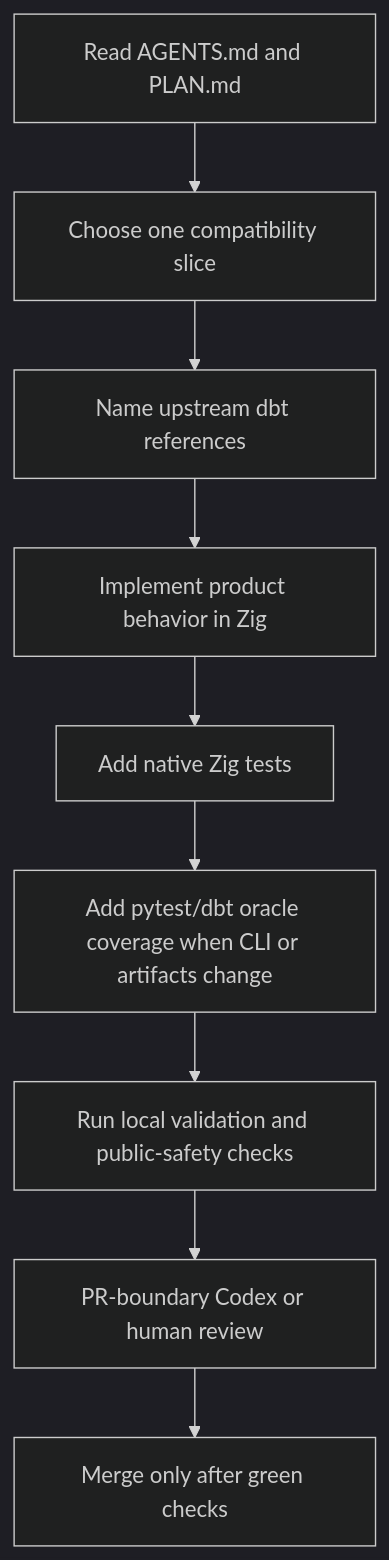
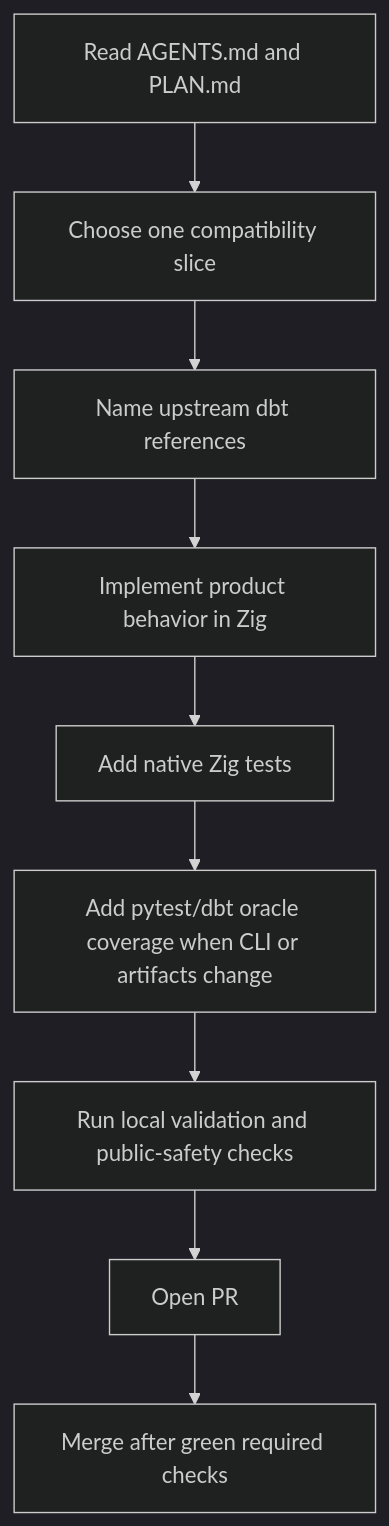
Before and after one commit to sabino/dxt: the first of 2 diagrams in docs/PRIMER.md, drawn with Mermaid (dark theme). The commit also changed other lines of this file and 9 other files, not shown here.

````diff
--- a/docs/PRIMER.md
+++ b/docs/PRIMER.md
@@ -43,11 +43,11 @@
 ```mermaid
 flowchart TD
     A[Read AGENTS.md and PLAN.md] --> B[Choose one compatibility slice]
     B --> C[Name upstream dbt references]
     C --> D[Implement product behavior in Zig]
     D --> E[Add native Zig tests]
     E --> F[Add pytest/dbt oracle coverage when CLI or artifacts change]
     F --> G[Run local validation and public-safety checks]
-    G --> H[PR-boundary Codex or human review]
-    H --> I[Merge only after green checks]
+    G --> H[Open PR]
+    H --> I[Merge after green required checks]
 ```
````
